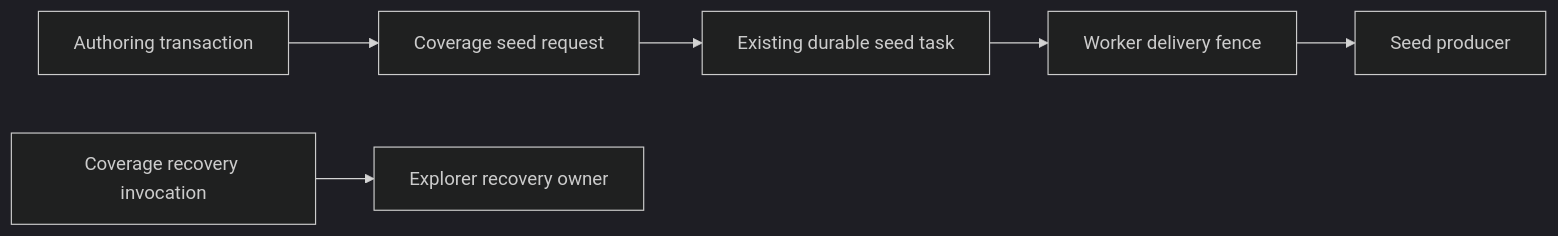
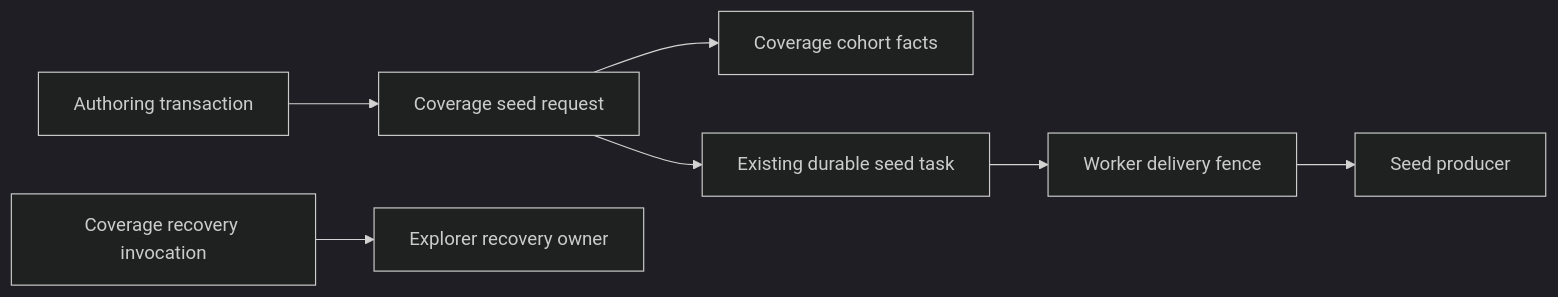
The sixth of 6 diagrams in backend/app/services/README.md (aaweaver-actuary/tempo), drawn with Mermaid (dark theme) before and after one commit. The commit also changed other lines of this file and 7 other files, not shown here.

Commit message:
Separate coverage cohort and probability facts

````diff
--- a/backend/app/services/README.md
+++ b/backend/app/services/README.md
@@ -275,8 +276,9 @@
 ```mermaid
 flowchart LR
   Authoring["Authoring transaction"] --> Request["Coverage seed request"]
+  Request --> Cohort["Coverage cohort facts"]
   Request --> Task["Existing durable seed task"]
   Task --> Fence["Worker delivery fence"]
   Fence --> Seed["Seed producer"]
   Recovery["Coverage recovery invocation"] --> Explorer["Explorer recovery owner"]
 ```
````
